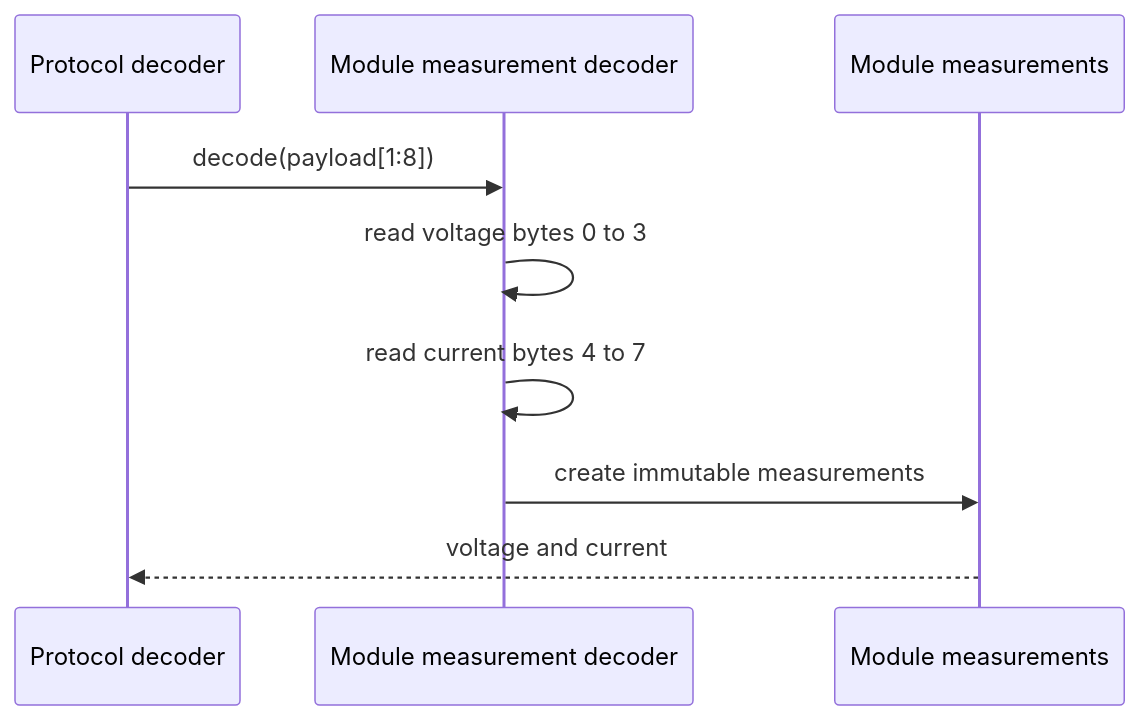
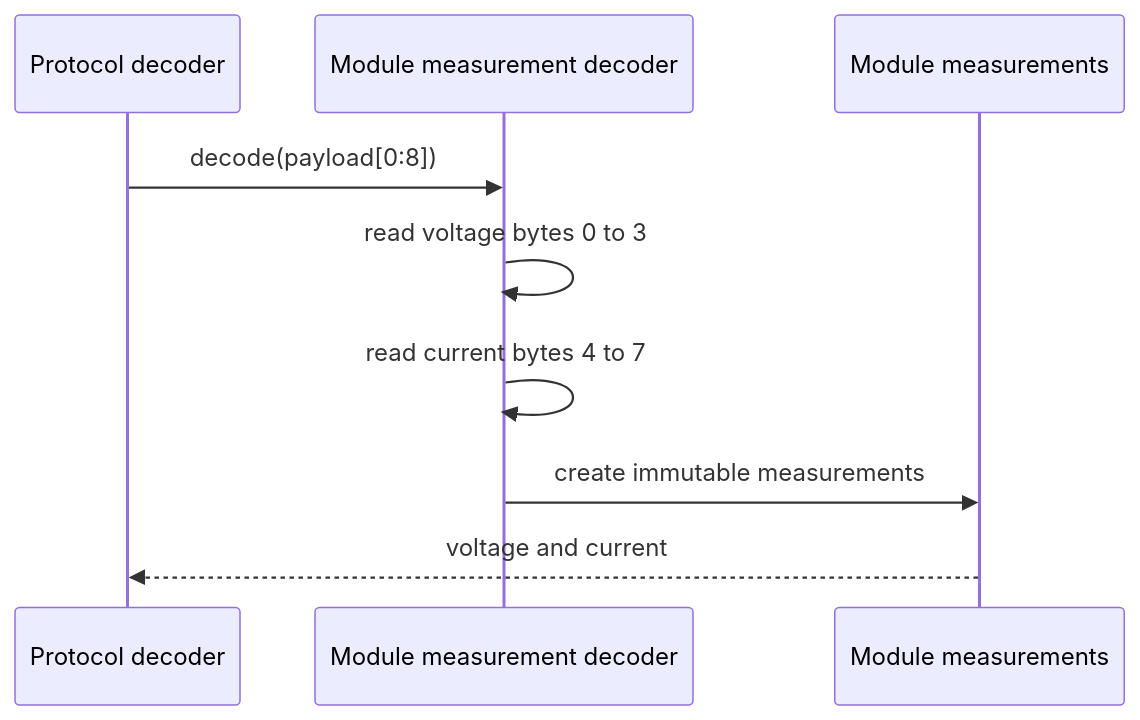
The diagram in docs/architecture/diagrams/module-measurements/02-sequence-decode-module-measurements.md (benoit-bremaud/can-sniffer), drawn with Mermaid before and after one commit.

Commit message:
fix(docs): correct module payload range

````diff
--- a/docs/architecture/diagrams/module-measurements/02-sequence-decode-module-measurements.md
+++ b/docs/architecture/diagrams/module-measurements/02-sequence-decode-module-measurements.md
@@ -10,12 +10,12 @@
 ```mermaid
 sequenceDiagram
     participant Decoder as Protocol decoder
     participant Measurements as Module measurement decoder
     participant Result as Module measurements
 
-    Decoder->>Measurements: decode(payload[1:8])
+    Decoder->>Measurements: decode(payload[0:8])
     Measurements->>Measurements: read voltage bytes 0 to 3
     Measurements->>Measurements: read current bytes 4 to 7
     Measurements->>Result: create immutable measurements
     Result-->>Decoder: voltage and current
 ```
````
